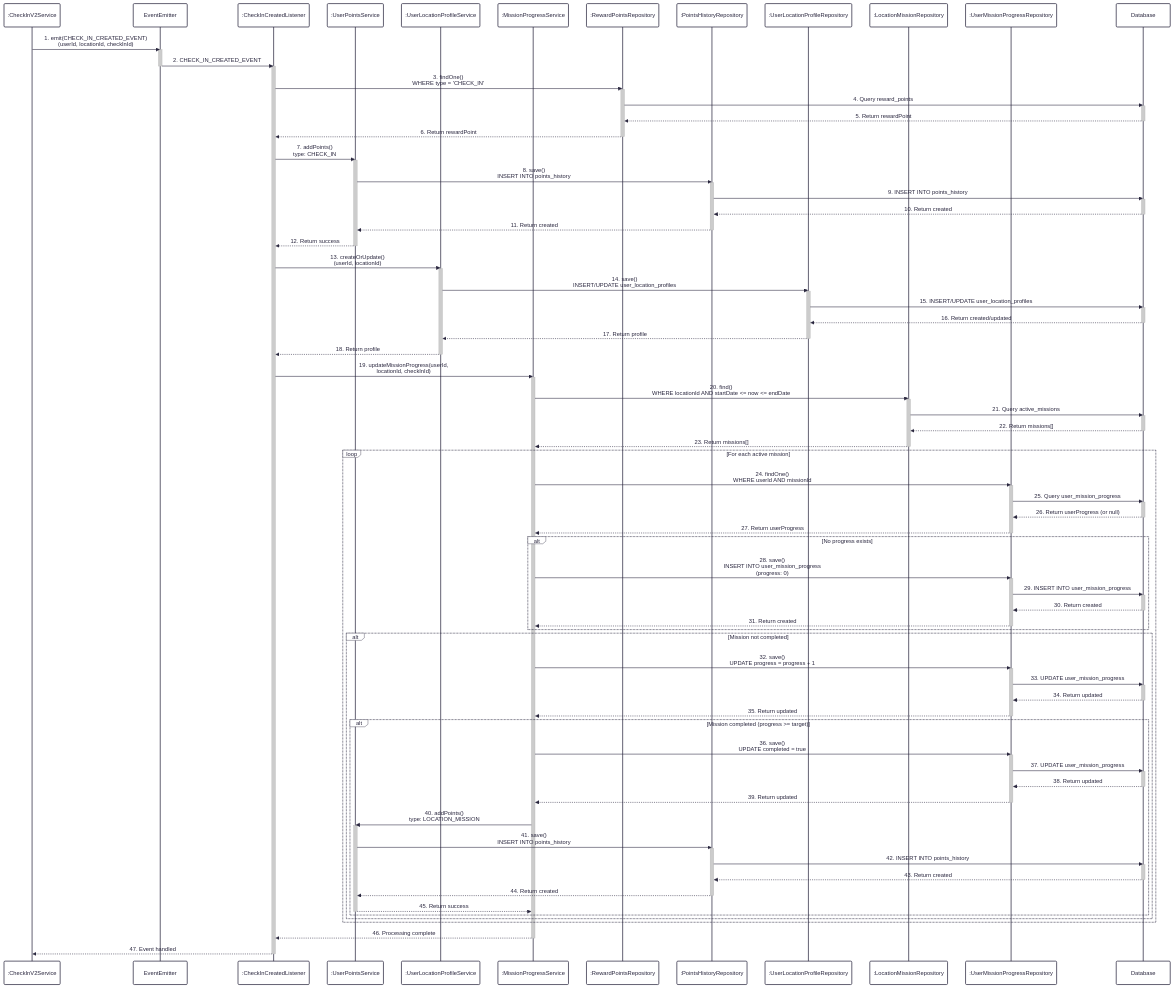
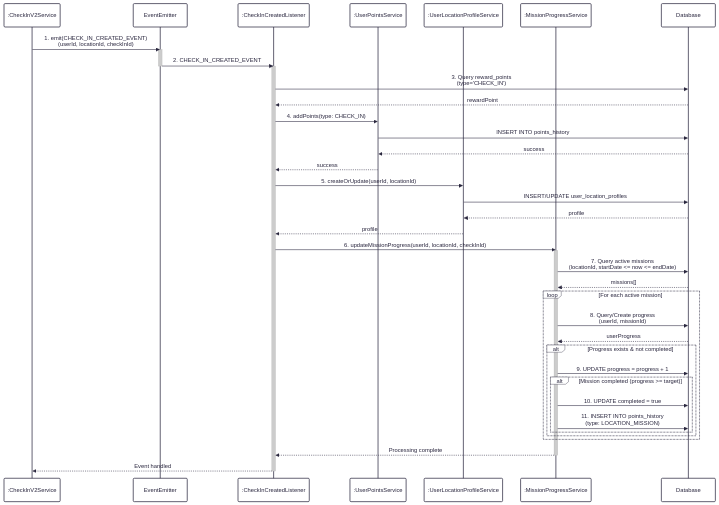
The diagram in docs/sequence/17-process-mission-after-checkin.md (UrbanLens-2025/urban-lens_server), drawn with Mermaid before and after one commit. The commit also changed 10 other files, not shown here.

````diff
--- a/docs/sequence/17-process-mission-after-checkin.md
+++ b/docs/sequence/17-process-mission-after-checkin.md
@@ -11,11 +11,6 @@
     participant PointsService as :UserPointsService
     participant UserLocationProfileService as :UserLocationProfileService
     participant MissionService as :MissionProgressService
-    participant RewardPointsRepo as :RewardPointsRepository
-    participant PointsHistoryRepo as :PointsHistoryRepository
-    participant UserLocationProfileRepo as :UserLocationProfileRepository
-    participant MissionRepo as :LocationMissionRepository
-    participant ProgressRepo as :UserMissionProgressRepository
     participant Database
 
 
@@ -25,113 +20,42 @@
     deactivate EventEmitter
     activate CheckInListener
 
-    CheckInListener->>RewardPointsRepo: 3. findOne()<br/>WHERE type = 'CHECK_IN'
-    activate RewardPointsRepo
-    RewardPointsRepo->>Database: 4. Query reward_points
-    activate Database
-    Database-->>RewardPointsRepo: 5. Return rewardPoint
-    deactivate Database
-    RewardPointsRepo-->>CheckInListener: 6. Return rewardPoint
-    deactivate RewardPointsRepo
+    CheckInListener->>Database: 3. Query reward_points<br/>(type='CHECK_IN')
+    Database-->>CheckInListener: rewardPoint
 
-    CheckInListener->>PointsService: 7. addPoints()<br/>type: CHECK_IN
-    activate PointsService
-    PointsService->>PointsHistoryRepo: 8. save()<br/>INSERT INTO points_history
-    activate PointsHistoryRepo
-    PointsHistoryRepo->>Database: 9. INSERT INTO points_history
-    activate Database
-    Database-->>PointsHistoryRepo: 10. Return created
-    deactivate Database
-    PointsHistoryRepo-->>PointsService: 11. Return created
-    deactivate PointsHistoryRepo
-    PointsService-->>CheckInListener: 12. Return success
-    deactivate PointsService
+    CheckInListener->>PointsService: 4. addPoints(type: CHECK_IN)
+    PointsService->>Database: INSERT INTO points_history
+    Database-->>PointsService: success
+    PointsService-->>CheckInListener: success
 
-    CheckInListener->>UserLocationProfileService: 13. createOrUpdate()<br/>(userId, locationId)
-    activate UserLocationProfileService
-    UserLocationProfileService->>UserLocationProfileRepo: 14. save()<br/>INSERT/UPDATE user_location_profiles
-    activate UserLocationProfileRepo
-    UserLocationProfileRepo->>Database: 15. INSERT/UPDATE user_location_profiles
-    activate Database
-    Database-->>UserLocationProfileRepo: 16. Return created/updated
-    deactivate Database
-    UserLocationProfileRepo-->>UserLocationProfileService: 17. Return profile
-    deactivate UserLocationProfileRepo
-    UserLocationProfileService-->>CheckInListener: 18. Return profile
-    deactivate UserLocationProfileService
+    CheckInListener->>UserLocationProfileService: 5. createOrUpdate(userId, locationId)
+    UserLocationProfileService->>Database: INSERT/UPDATE user_location_profiles
+    Database-->>UserLocationProfileService: profile
+    UserLocationProfileService-->>CheckInListener: profile
 
 
-    CheckInListener->>MissionService: 19. updateMissionProgress(userId,<br/>locationId, checkInId)
+    CheckInListener->>MissionService: 6. updateMissionProgress(userId, locationId, checkInId)
     activate MissionService
 
-    MissionService->>MissionRepo: 20. find()<br/>WHERE locationId AND startDate <= now <= endDate
-    activate MissionRepo
-    MissionRepo->>Database: 21. Query active_missions
-    activate Database
-    Database-->>MissionRepo: 22. Return missions[]
-    deactivate Database
-    MissionRepo-->>MissionService: 23. Return missions[]
-    deactivate MissionRepo
+    MissionService->>Database: 7. Query active missions<br/>(locationId, startDate <= now <= endDate)
+    Database-->>MissionService: missions[]
 
     loop For each active mission
-        MissionService->>ProgressRepo: 24. findOne()<br/>WHERE userId AND missionId
-        activate ProgressRepo
-        ProgressRepo->>Database: 25. Query user_mission_progress
-        activate Database
-        Database-->>ProgressRepo: 26. Return userProgress (or null)
-        deactivate Database
-        ProgressRepo-->>MissionService: 27. Return userProgress
-        deactivate ProgressRepo
+        MissionService->>Database: 8. Query/Create progress<br/>(userId, missionId)
+        Database-->>MissionService: userProgress
 
-        alt No progress exists
-            MissionService->>ProgressRepo: 28. save()<br/>INSERT INTO user_mission_progress<br/>(progress: 0)
-            activate ProgressRepo
-            ProgressRepo->>Database: 29. INSERT INTO user_mission_progress
-            activate Database
-            Database-->>ProgressRepo: 30. Return created
-            deactivate Database
-            ProgressRepo-->>MissionService: 31. Return created
-            deactivate ProgressRepo
-        end
-
-        alt Mission not completed
-            MissionService->>ProgressRepo: 32. save()<br/>UPDATE progress = progress + 1
-            activate ProgressRepo
-            ProgressRepo->>Database: 33. UPDATE user_mission_progress
-            activate Database
-            Database-->>ProgressRepo: 34. Return updated
-            deactivate Database
-            ProgressRepo-->>MissionService: 35. Return updated
-            deactivate ProgressRepo
+        alt Progress exists & not completed
+            MissionService->>Database: 9. UPDATE progress = progress + 1
 
             alt Mission completed (progress >= target)
-                MissionService->>ProgressRepo: 36. save()<br/>UPDATE completed = true
-                activate ProgressRepo
-                ProgressRepo->>Database: 37. UPDATE user_mission_progress
-                activate Database
-                Database-->>ProgressRepo: 38. Return updated
-                deactivate Database
-                ProgressRepo-->>MissionService: 39. Return updated
-                deactivate ProgressRepo
-
-                MissionService->>PointsService: 40. addPoints()<br/>type: LOCATION_MISSION
-                activate PointsService
-                PointsService->>PointsHistoryRepo: 41. save()<br/>INSERT INTO points_history
-                activate PointsHistoryRepo
-                PointsHistoryRepo->>Database: 42. INSERT INTO points_history
-                activate Database
-                Database-->>PointsHistoryRepo: 43. Return created
-                deactivate Database
-                PointsHistoryRepo-->>PointsService: 44. Return created
-                deactivate PointsHistoryRepo
-                PointsService-->>MissionService: 45. Return success
-                deactivate PointsService
+                MissionService->>Database: 10. UPDATE completed = true
+                MissionService->>Database: 11. INSERT INTO points_history<br/>(type: LOCATION_MISSION)
             end
         end
     end
 
-    MissionService-->>CheckInListener: 46. Processing complete
+    MissionService-->>CheckInListener: Processing complete
     deactivate MissionService
-    CheckInListener-->>CheckInService: 47. Event handled
+    CheckInListener-->>CheckInService: Event handled
     deactivate CheckInListener
 ```
````
